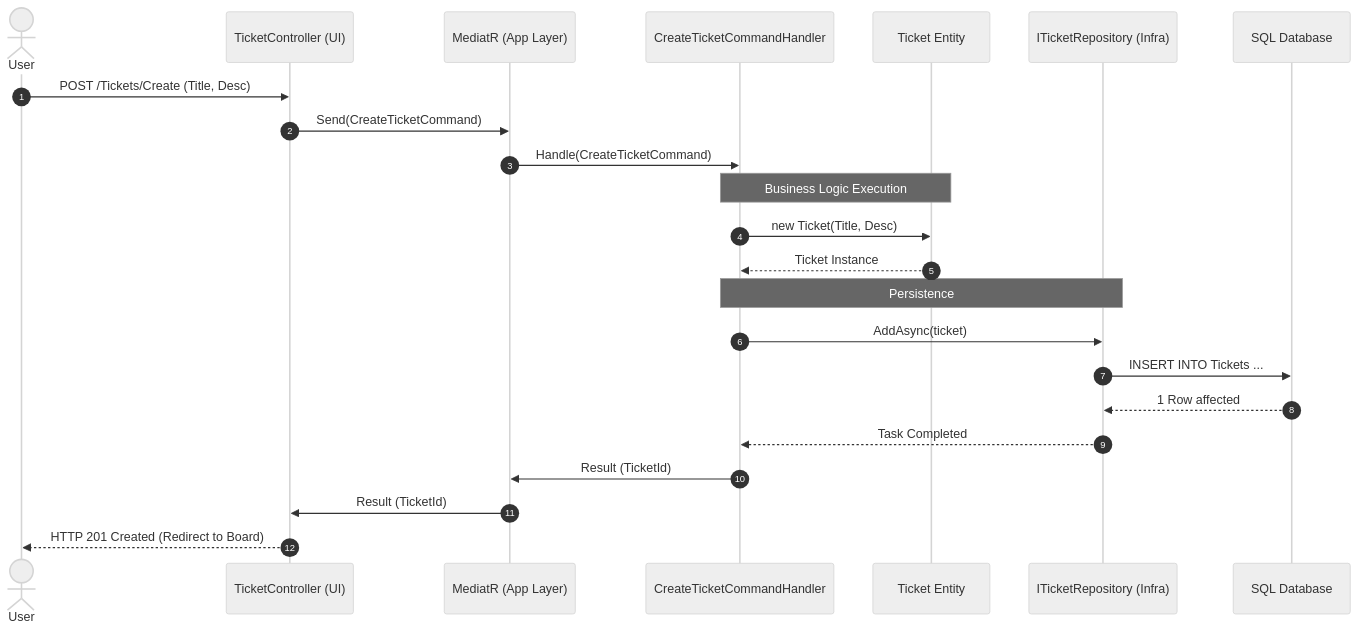
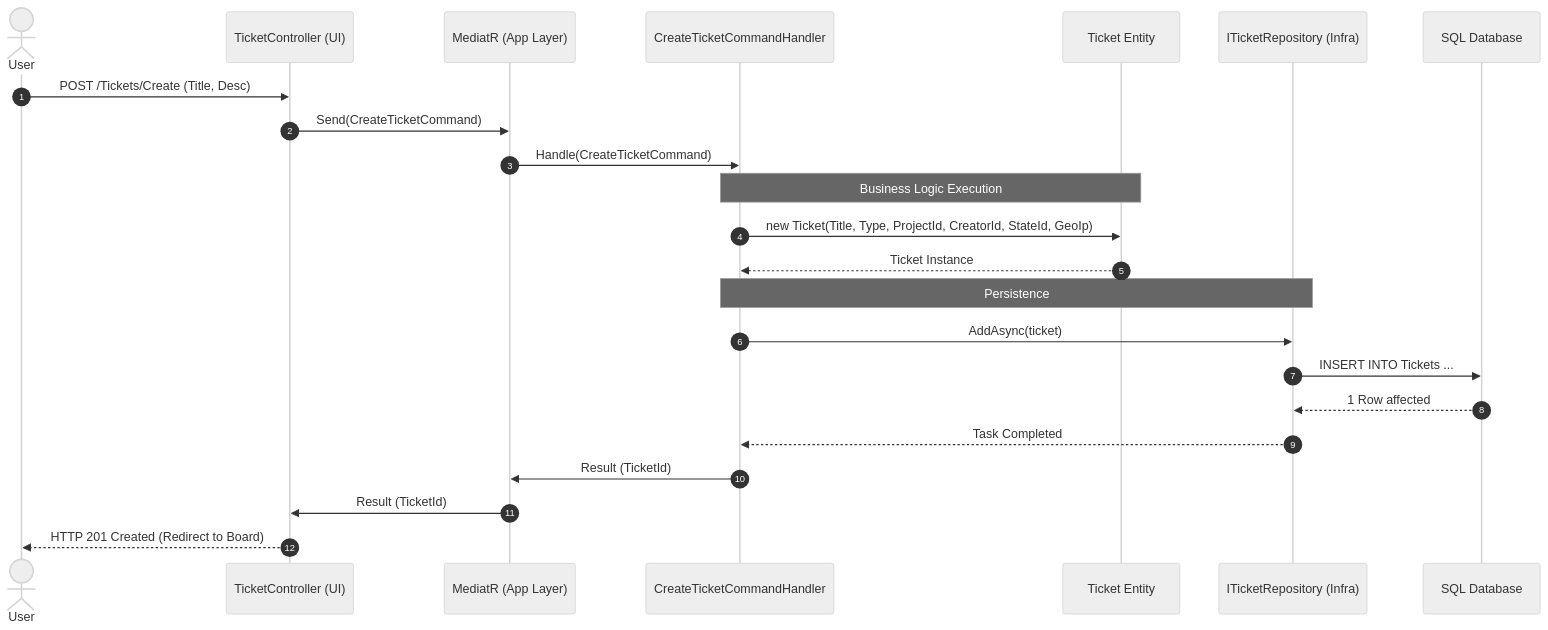
One commit to T-Boyke/TicketsPlease changed the third of 4 diagrams in docs/architecture_diagrams.md. Above: the diagram before and after it, drawn with Mermaid (neutral theme). The commit also changed 1 other file, not shown here.

Commit message:
docs: update architecture diagrams and database schema for Kanban expansion
- Updated Ticket creation sequence diagram with new constructor.
- Added TICKET_LINK table to ERD and table overview.
- Added TicketType, TicketSize, and hierarchical fields to TICKET entity in ERD.
- Updated Ticket C# snippet to match latest domain reality.

````diff
--- a/docs/architecture_diagrams.md
+++ b/docs/architecture_diagrams.md
@@ -88,29 +88,29 @@
 ```mermaid
 sequenceDiagram
     autonumber
     actor User
     participant Controller as TicketController (UI)
     participant Mediator as MediatR (App Layer)
     participant Handler as CreateTicketCommandHandler
     participant Domain as Ticket Entity
     participant Repo as ITicketRepository (Infra)
     participant DB as SQL Database
 
     User->>Controller: POST /Tickets/Create (Title, Desc)
     Controller->>Mediator: Send(CreateTicketCommand)
     Mediator->>Handler: Handle(CreateTicketCommand)
 
     note over Handler,Domain: Business Logic Execution
-    Handler->>Domain: new Ticket(Title, Desc)
+    Handler->>Domain: new Ticket(Title, Type, ProjectId, CreatorId, StateId, GeoIp)
     Domain-->>Handler: Ticket Instance
 
     note over Handler,Repo: Persistence
     Handler->>Repo: AddAsync(ticket)
     Repo->>DB: INSERT INTO Tickets ...
     DB-->>Repo: 1 Row affected
     Repo-->>Handler: Task Completed
 
     Handler->>Mediator: Result (TicketId)
     Mediator->>Controller: Result (TicketId)
     Controller-->>User: HTTP 201 Created (Redirect to Board)
 ```
````
